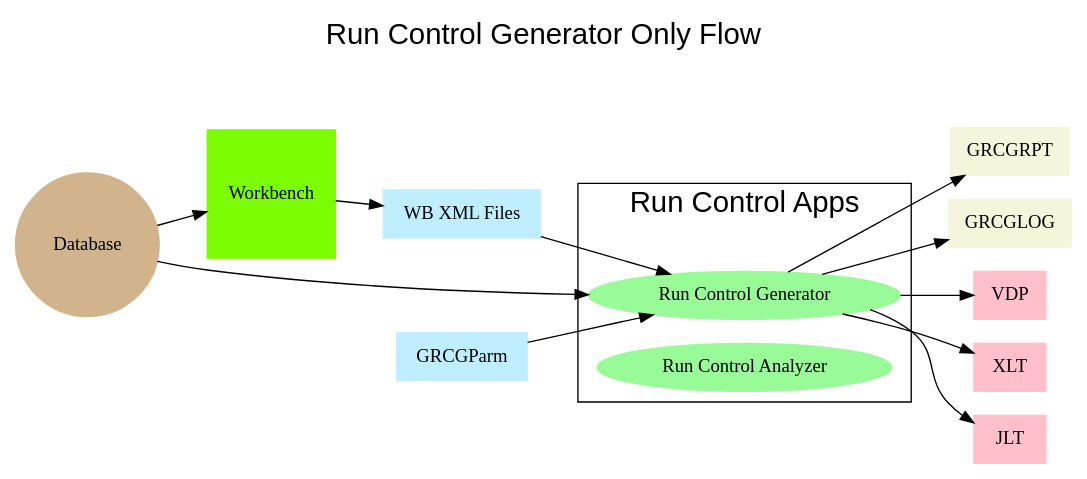
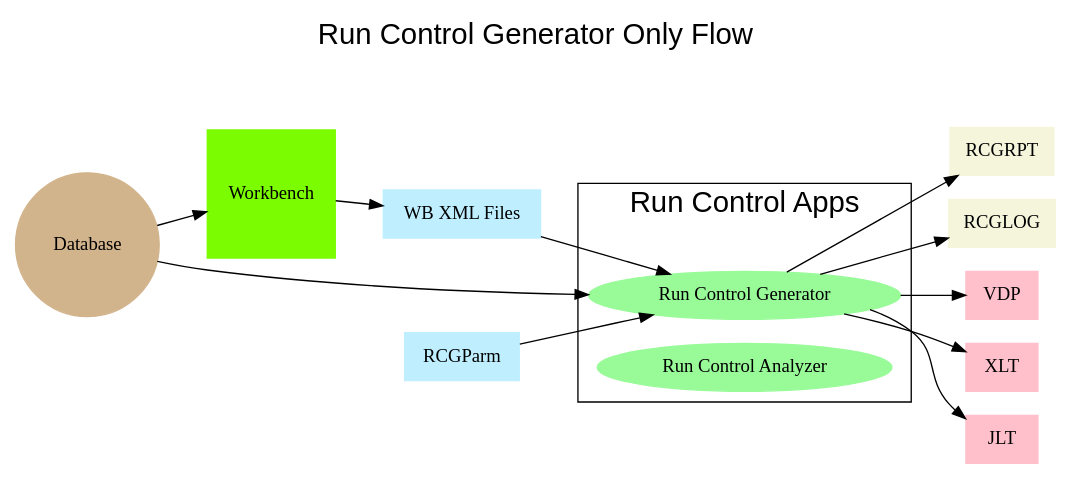
Before and after one commit to sritikki/Run-Control-Apps: the diagram in RunControlGenerator/docs/RCGOnlyFileFlow.gv, drawn with Graphviz. The commit also changed 26 other files, not shown here.

```diff
--- a/RunControlGenerator/docs/RCGOnlyFileFlow.gv
+++ b/RunControlGenerator/docs/RCGOnlyFileFlow.gv
@@ -1,40 +1,40 @@
 digraph RunControlGeneratoFileFlowr {
 rankdir=LR
 //Nodes
 graph [label="Run Control Generator Only Flow\n\n\n", labelloc=t, labeljust=center, fontname=Helvetica, fontsize=22];
 labeljust=center;
 
 // Files
 
 WB[label="Workbench" shape=square style=filled color=lawngreen]
 DB[label="Database" shape=circle style=filled color=tan]
 
 subgraph cluster_rcapps {
     label = "Run Control Apps\n\n";
     node [shape = plaintext;];
     RCG[label="Run Control Generator" shape=oval style=filled color=PaleGreen]
     RCA[label="Run Control Analyzer" shape=oval style=filled color=PaleGreen]
 }
 
-RCP[label="GRCGParm" shape=rect style=filled color=lightblue1]
+RCP[label="RCGParm" shape=rect style=filled color=lightblue1]
 WBX[label="WB XML Files" shape=rect style=filled color=lightblue1 ]
-RPT[label="GRCGRPT" shape=rect style=filled color=beige ]
-LOG[label="GRCGLOG" shape=rect style=filled color=beige ]
+RPT[label="RCGRPT" shape=rect style=filled color=beige ]
+LOG[label="RCGLOG" shape=rect style=filled color=beige ]
 VDP[label="VDP" shape=rect style=filled color=pink ]
 XLT[label="XLT" shape=rect style=filled color=pink ]
 JLT[label="JLT" shape=rect style=filled color=pink ]
 
 
 
 
 DB -> WB -> WBX
 DB -> RCG
 RCP -> RCG [lhead=cluster_rcapps ]
 WBX -> RCG
 RCG -> RPT
 RCG -> LOG
 RCG -> VDP [ltail=cluster_rcapps ]
 RCG -> XLT [ltail=cluster_rcapps ]
 RCG -> JLT [ltail=cluster_rcapps ]
 
 }
```
